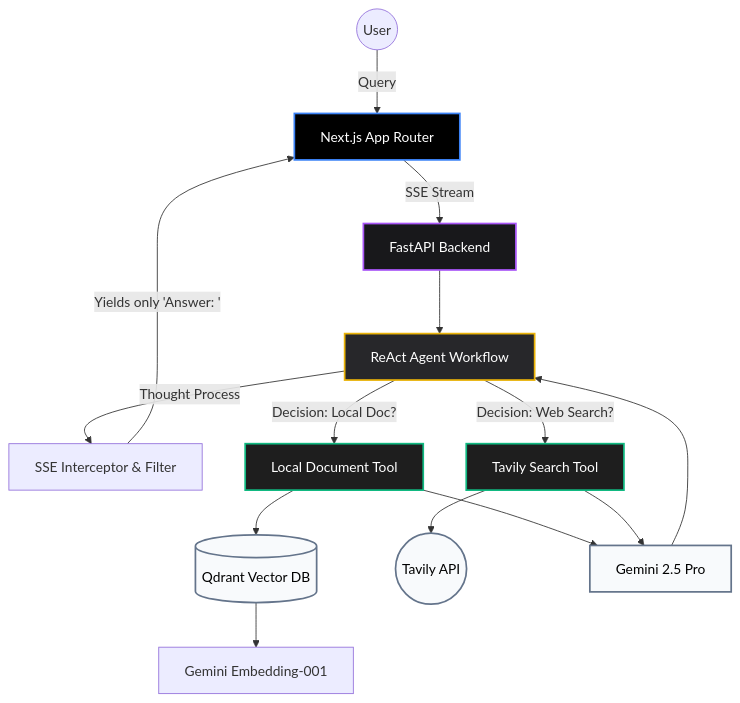
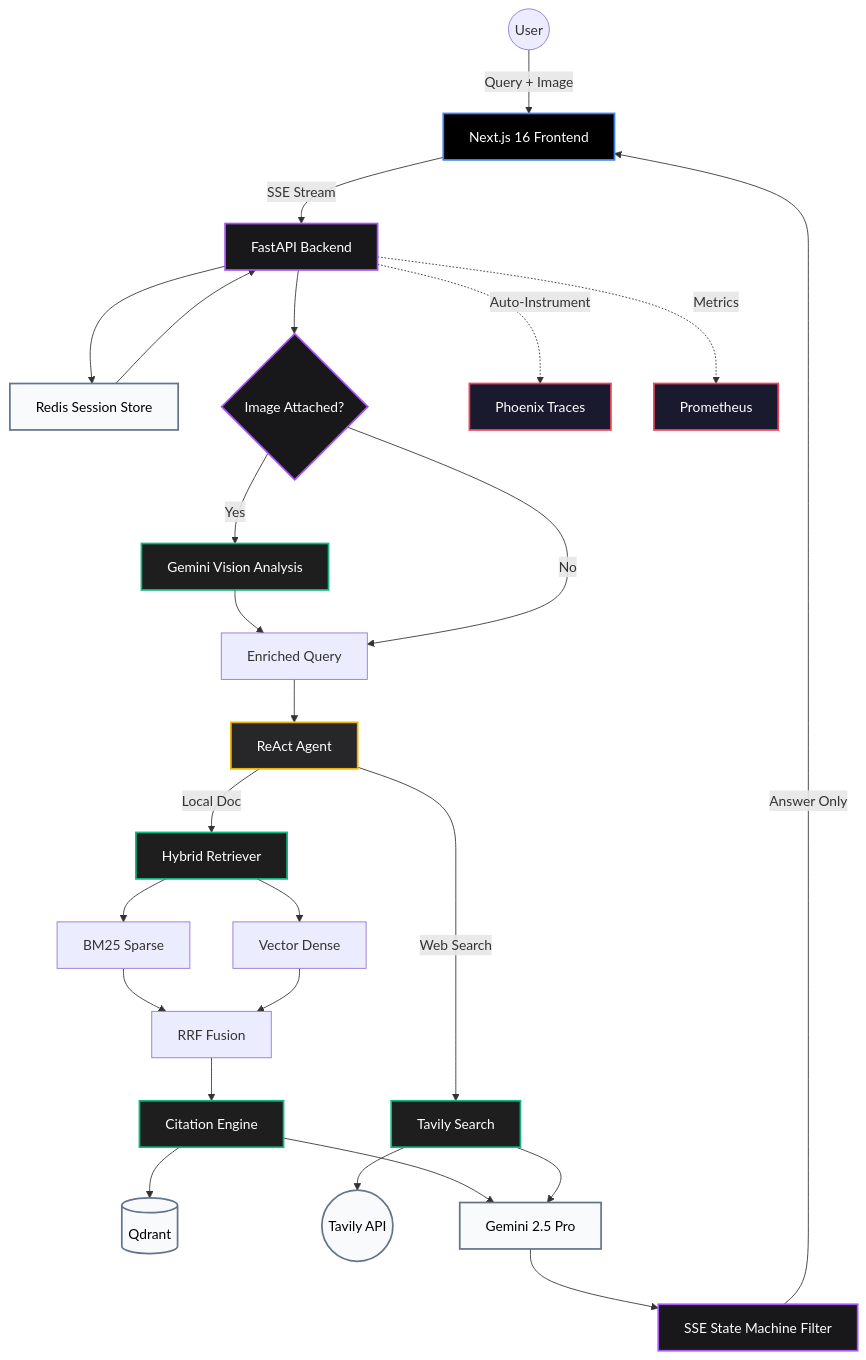
One commit to hypoxic127/enterprise-rag-agent changed the diagram in README.md. Above: the diagram before and after it, drawn with Mermaid. The commit also changed other lines of this file and 10 other files, not shown here.

````diff
--- a/README.md
+++ b/README.md
@@ -23,26 +45,37 @@
 ```mermaid
 graph TD
-    %% Styling
     classDef frontend fill:#000000,stroke:#3b82f6,stroke-width:2px,color:#fff
     classDef backend fill:#18181b,stroke:#a855f7,stroke-width:2px,color:#fff
     classDef agent fill:#27272a,stroke:#eab308,stroke-width:2px,color:#fff
     classDef tool fill:#1e1e1e,stroke:#10b981,stroke-width:2px,color:#fff
-    classDef external fill:#f8fafc,stroke:#64748b,stroke-width:2px,color:#000
+    classDef storage fill:#f8fafc,stroke:#64748b,stroke-width:2px,color:#000
+    classDef observe fill:#1a1a2e,stroke:#e94560,stroke-width:2px,color:#fff
 
-    User((User)) -->|Query| UI[Next.js App Router]
+    User((User)) -->|Query + Image| UI[Next.js 16 Frontend]
     UI:::frontend -- SSE Stream --> FastAPI[FastAPI Backend]
-    FastAPI:::backend --> Router[ReAct Agent Workflow]
-    Router:::agent -->|Thought Process| Intercept[SSE Interceptor & Filter]
-    Intercept -->|Yields only 'Answer: '| UI
-    
-    Router -->|Decision: Local Doc?| LocalDocTool[Local Document Tool]
-    LocalDocTool:::tool --> Qdrant[(Qdrant Vector DB)]
-    Qdrant:::external --> GeminiEmbeddings[Gemini Embedding-001]
-    
-    Router -->|Decision: Web Search?| TavilyTool[Tavily Search Tool]
-    TavilyTool:::tool --> TavilyAPI((Tavily API)):::external
-    
-    LocalDocTool --> LLM
-    TavilyTool --> LLM
-    LLM[Gemini 2.5 Pro]:::external --> Router
+    FastAPI:::backend --> Memory[Redis Session Store]
+    Memory:::storage --> FastAPI
+    FastAPI --> Vision{Image Attached?}
+    Vision:::backend -->|Yes| GeminiVision[Gemini Vision Analysis]
+    GeminiVision:::tool --> Enriched[Enriched Query]
+    Vision -->|No| Enriched
+    Enriched --> Router[ReAct Agent]
+    Router:::agent -->|Local Doc| Hybrid[Hybrid Retriever]
+    Hybrid:::tool --> BM25[BM25 Sparse]
+    Hybrid --> Vector[Vector Dense]
+    BM25 --> RRF[RRF Fusion]
+    Vector --> RRF
+    RRF --> Citation[Citation Engine]
+    Citation:::tool --> Qdrant[(Qdrant)]:::storage
+
+    Router -->|Web Search| Tavily[Tavily Search]:::tool
+    Tavily --> TavilyAPI((Tavily API)):::storage
+
+    Citation --> LLM[Gemini 2.5 Pro]:::storage
+    Tavily --> LLM
+    LLM --> SSE[SSE State Machine Filter]
+    SSE:::backend -->|Answer Only| UI
+
+    FastAPI -.->|Auto-Instrument| Phoenix[Phoenix Traces]:::observe
+    FastAPI -.->|Metrics| Prometheus[Prometheus]:::observe
 ```
````
